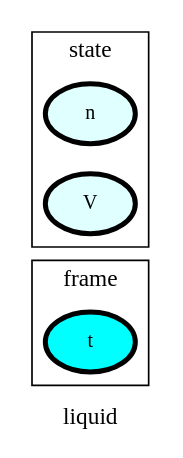
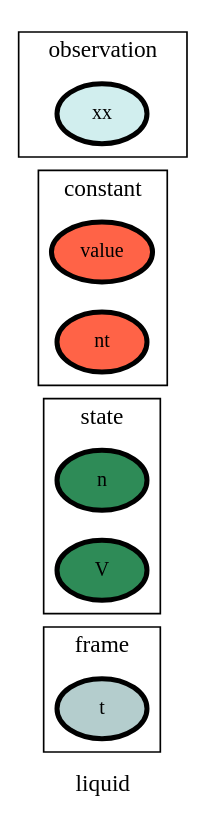
Before and after one commit to heinz-preisig/processes_distributed_no_interface_eqs: the diagram in ontology_graphs/graph__liquid.dot, drawn with Graphviz. The commit also changed 72 other files, not shown here.

```diff
--- a/ontology_graphs/graph__liquid.dot
+++ b/ontology_graphs/graph__liquid.dot
@@ -1,82 +1,85 @@
 digraph liquid {
 label=liquid;
 rankdir=LR;
 subgraph cluster_liquid___transport {
 label=transport;
 rankdir=LR;
 }
 
 subgraph cluster_liquid___geometry {
 label=geometry;
 rankdir=LR;
 }
 
 subgraph cluster_liquid___properties {
 label=properties;
 rankdir=LR;
 }
 
 subgraph cluster_liquid___network {
 label=network;
 rankdir=LR;
 }
 
 subgraph cluster_liquid___differenceOperator {
 label=differenceOperator;
 rankdir=LR;
 }
 
 subgraph cluster_liquid___frame {
 label=frame;
 rankdir=LR;
-V_1 [fillcolor=cyan, fontsize=12, label=t, penwidth=3, style=filled];
+V_1 [fillcolor=lightcyan3, fontsize=12, label=t, penwidth=3, style=filled];
 }
 
 subgraph cluster_liquid___state {
 label=state;
 rankdir=LR;
-V_2 [fillcolor=lightcyan1, fontsize=12, label=n, penwidth=3, style=filled];
-V_3 [fillcolor=lightcyan1, fontsize=12, label=V, penwidth=3, style=filled];
+V_2 [fillcolor=seagreen4, fontsize=12, label=n, penwidth=3, style=filled];
+V_3 [fillcolor=seagreen4, fontsize=12, label=V, penwidth=3, style=filled];
 }
 
 subgraph cluster_liquid___constant {
 label=constant;
 rankdir=LR;
+V_6 [fillcolor=tomato, fontsize=12, label=value, penwidth=3, style=filled];
+V_7 [fillcolor=tomato, fontsize=12, label=nt, penwidth=3, style=filled];
 }
 
 subgraph cluster_liquid___effort {
 label=effort;
 rankdir=LR;
 }
 
 subgraph cluster_liquid___secondaryState {
 label=secondaryState;
 rankdir=LR;
 }
 
 subgraph cluster_liquid___conversion {
 label=conversion;
 rankdir=LR;
 }
 
 subgraph cluster_liquid___diffState {
 label=diffState;
 rankdir=LR;
 }
 
 subgraph cluster_liquid___internalTransport {
 label=internalTransport;
 rankdir=LR;
 }
 
 subgraph cluster_liquid___controlInput {
 label=controlInput;
 rankdir=LR;
 }
 
 subgraph cluster_liquid___observation {
 label=observation;
 rankdir=LR;
+V_9 [fillcolor=lightcyan2, fontsize=12, label=xx, penwidth=3, style=filled];
 }
 
 }
```
